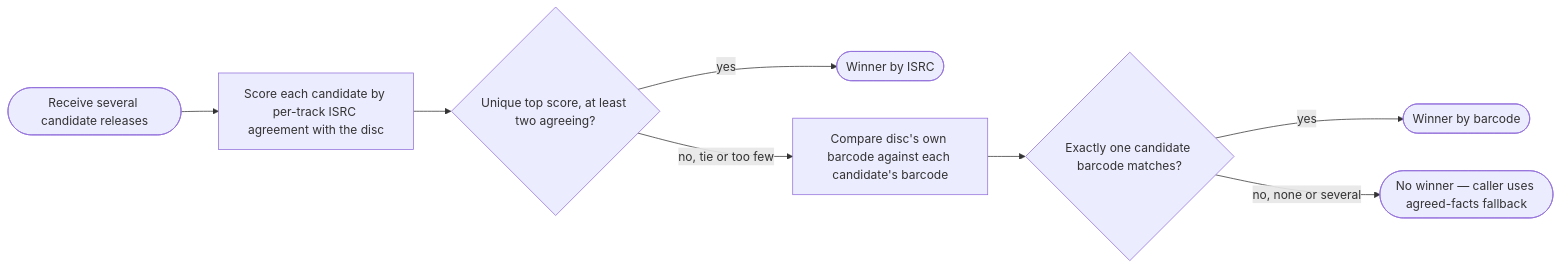
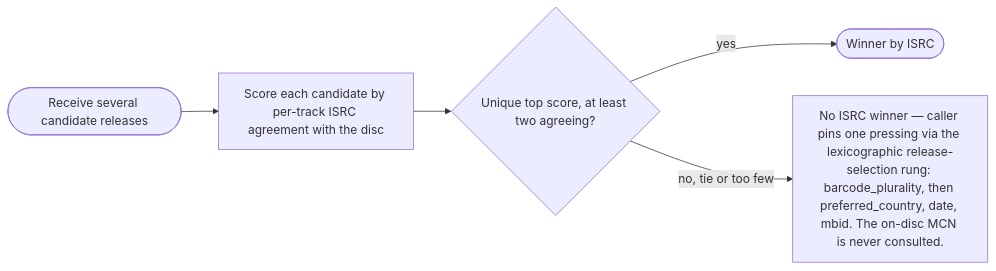
Before and after one commit to HomerSlated/cdda2img: the third of 3 diagrams in docs/flow/mb-lookup.md, drawn with Mermaid. The commit also changed 10 other files, not shown here.

````diff
--- a/docs/flow/mb-lookup.md
+++ b/docs/flow/mb-lookup.md
@@ -97,10 +97,7 @@
 ```mermaid
 flowchart LR
     start([Receive several candidate releases]) --> isrc[Score each candidate by per-track ISRC agreement with the disc]
     isrc --> isrcWin{Unique top score, at least two agreeing?}
     isrcWin -- yes --> winIsrc([Winner by ISRC])
-    isrcWin -- no, tie or too few --> mcn[Compare disc's own barcode against each candidate's barcode]
-    mcn --> mcnWin{Exactly one candidate barcode matches?}
-    mcnWin -- yes --> winMcn([Winner by barcode])
-    mcnWin -- no, none or several --> noWin([No winner — caller uses agreed-facts fallback])
+    isrcWin -- no, tie or too few --> rung[No ISRC winner — caller pins one pressing via the lexicographic release-selection rung: barcode_plurality, then preferred_country, date, mbid. The on-disc MCN is never consulted.]
 ```
````
